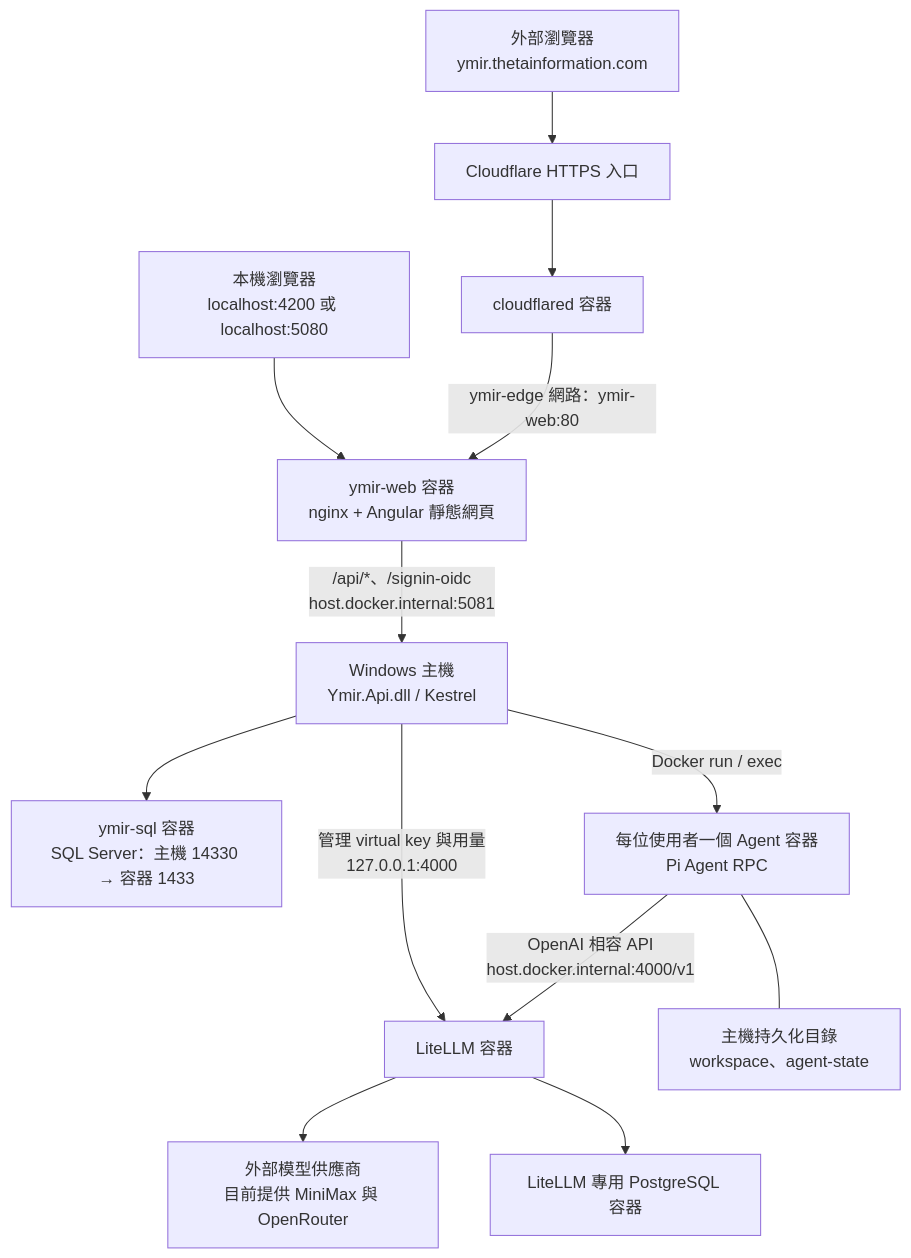
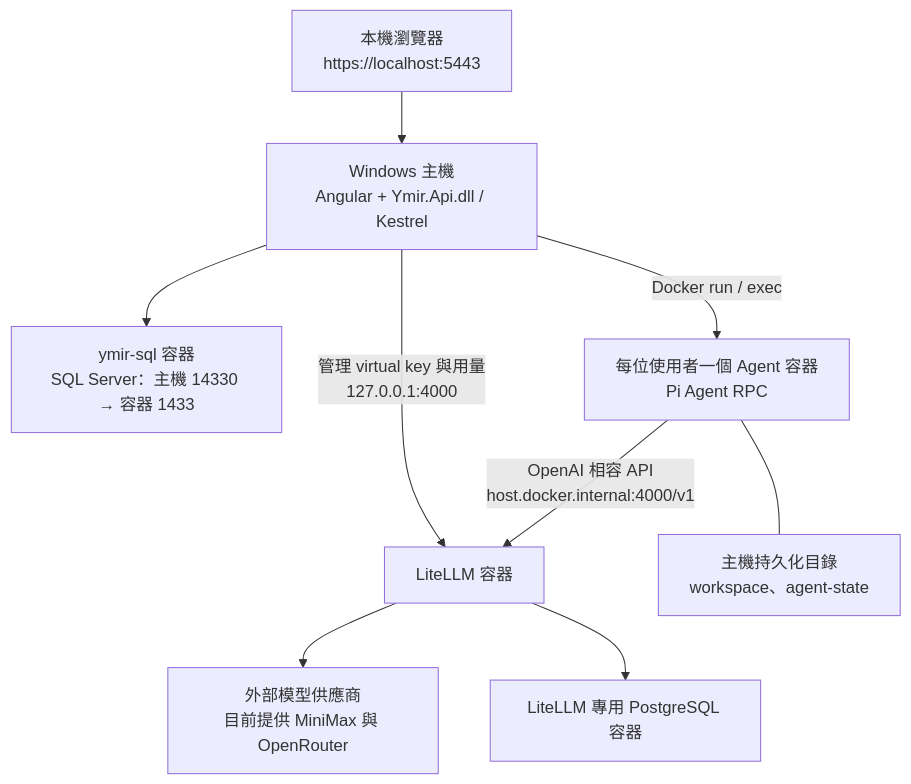
The first of 2 diagrams in README.md (puremars2015/Ymir), drawn with Mermaid before and after one commit. The commit also changed other lines of this file and 2 other files, not shown here.

First line of the commit message:
fix: start Windows deployment locally without tunnel

````diff
--- a/README.md
+++ b/README.md
@@ -20,15 +20,11 @@
 ```mermaid
 flowchart TD
-    Local["本機瀏覽器<br/>localhost:4200 或 localhost:5080"] --> Web
-    Public["外部瀏覽器<br/>ymir.thetainformation.com"] --> Cloudflare["Cloudflare HTTPS 入口"]
-    Cloudflare --> Tunnel["cloudflared 容器"]
-    Tunnel -->|"ymir-edge 網路：ymir-web:80"| Web["ymir-web 容器<br/>nginx + Angular 靜態網頁"]
-    Web -->|"/api/*、/signin-oidc<br/>host.docker.internal:5081"| API["Windows 主機<br/>Ymir.Api.dll / Kestrel"]
+    Local["本機瀏覽器<br/>https://localhost:5443"] --> API["Windows 主機<br/>Angular + Ymir.Api.dll / Kestrel"]
     API --> SQL["ymir-sql 容器<br/>SQL Server：主機 14330 → 容器 1433"]
     API -->|"Docker run / exec"| Agent["每位使用者一個 Agent 容器<br/>Pi Agent RPC"]
     API -->|"管理 virtual key 與用量<br/>127.0.0.1:4000"| LiteLLM["LiteLLM 容器"]
     Agent -->|"OpenAI 相容 API<br/>host.docker.internal:4000/v1"| LiteLLM
     LiteLLM --> Model["外部模型供應商<br/>目前提供 MiniMax 與 OpenRouter"]
     LiteLLM --> PG["LiteLLM 專用 PostgreSQL 容器"]
     Agent --- Files["主機持久化目錄<br/>workspace、agent-state"]
 ```
````
